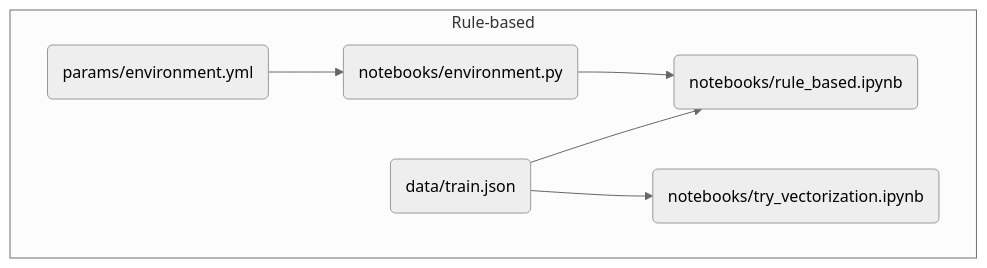
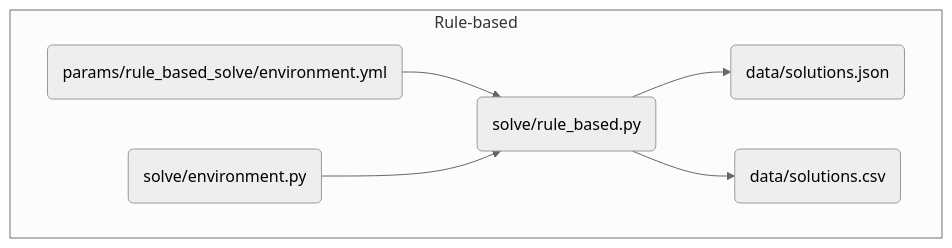
The second of 3 diagrams in README.md (LBrinkmann/reward-network-iii-algorithm), drawn with Mermaid (neutral theme) before and after one commit. The commit also changed other lines of this file, not shown here.

````diff
--- a/README.md
+++ b/README.md
@@ -49,11 +47,11 @@
 ```mermaid
 
 flowchart TD
 
 subgraph Rule-based
-A(params/environment.yml) --> L(notebooks/environment.py)
-L(notebooks/environment.py) --> B(notebooks/rule_based.ipynb)
-C(data/train.json) --> B(notebooks/rule_based.ipynb)
-C(data/train.json) --> D(notebooks/try_vectorization.ipynb)
+A(params/rule_based_solve/environment.yml) --> L(solve/rule_based.py)
+G(solve/environment.py) --> L(solve/rule_based.py)
+L(solve/rule_based.py) --> B(data/solutions.json)
+L(solve/rule_based.py) --> D(data/solutions.csv)
 end
 ```
````
